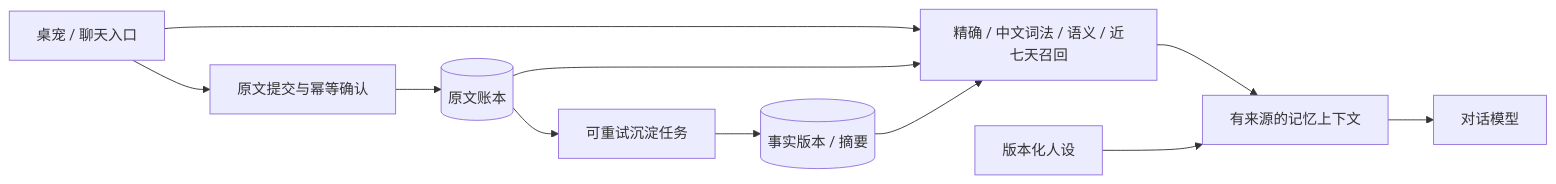
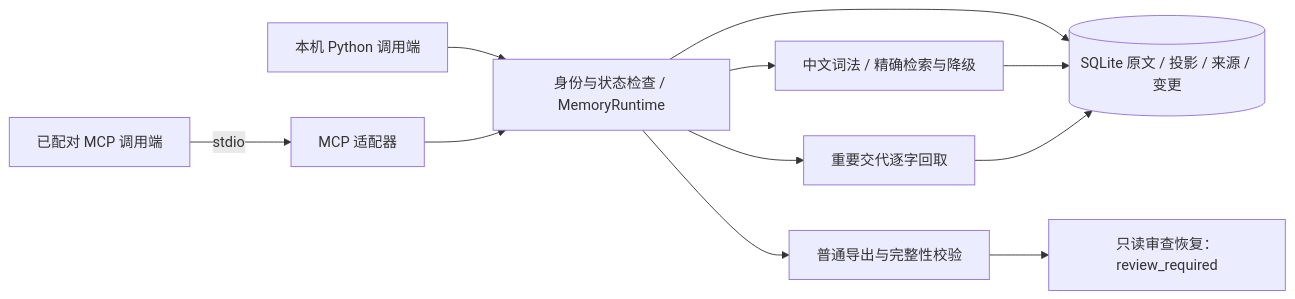
Before and after one commit to destinyTaoTao/evernook: the diagram in README.md, drawn with Mermaid. The commit also changed other lines of this file and 3 other files, not shown here.

Commit message:
docs: map implemented architecture and remaining milestones (#10)

````diff
--- a/README.md
+++ b/README.md
@@ -28,13 +28,13 @@
 ```mermaid
 flowchart LR
-    Pet[桌宠 / 聊天入口] --> Write[原文提交与幂等确认]
-    Write --> Log[(原文账本)]
-    Log --> Jobs[可重试沉淀任务]
-    Jobs --> Facts[(事实版本 / 摘要)]
-    Pet --> Recall[精确 / 中文词法 / 语义 / 近七天召回]
-    Log --> Recall
-    Facts --> Recall
-    Recall --> Evidence[有来源的记忆上下文]
-    Persona[版本化人设] --> Evidence
-    Evidence --> LLM[对话模型]
+    Python[本机 Python 调用端] --> Core[身份与状态检查 / MemoryRuntime]
+    Client[已配对 MCP 调用端] -->|stdio| MCP[MCP 适配器]
+    MCP --> Core
+    Core --> DB[(SQLite 原文 / 投影 / 来源 / 变更)]
+    Core --> Search[中文词法 / 精确检索与降级]
+    Search --> DB
+    Core --> Important[重要交代逐字回取]
+    Important --> DB
+    Core --> Export[普通导出与完整性校验]
+    Export --> Review[只读审查恢复：review_required]
 ```
````
